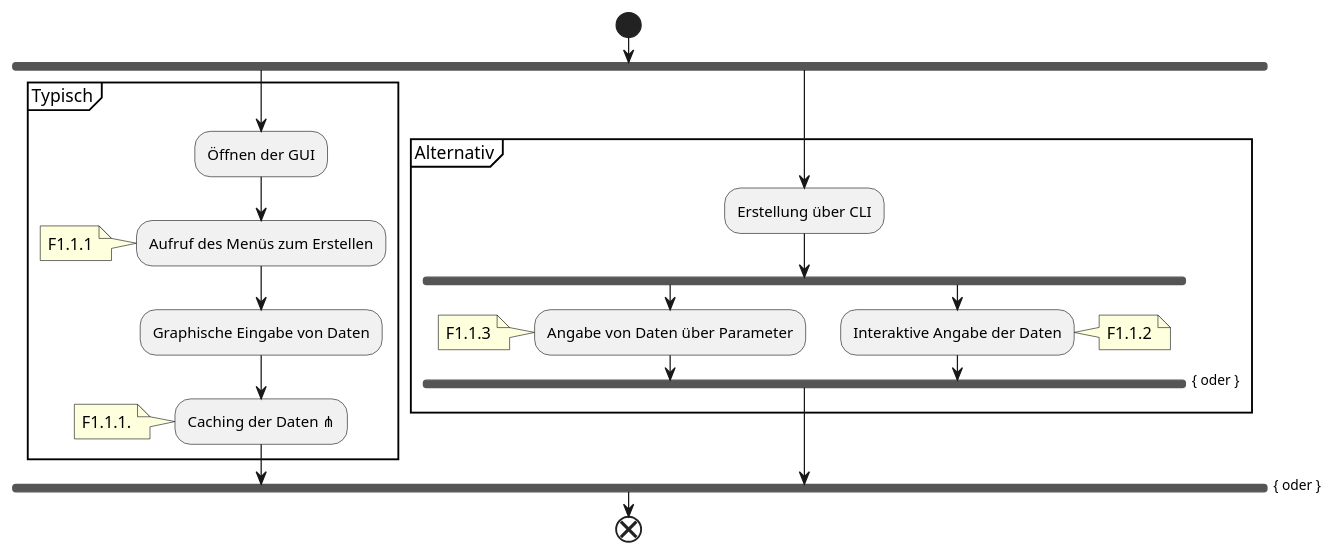
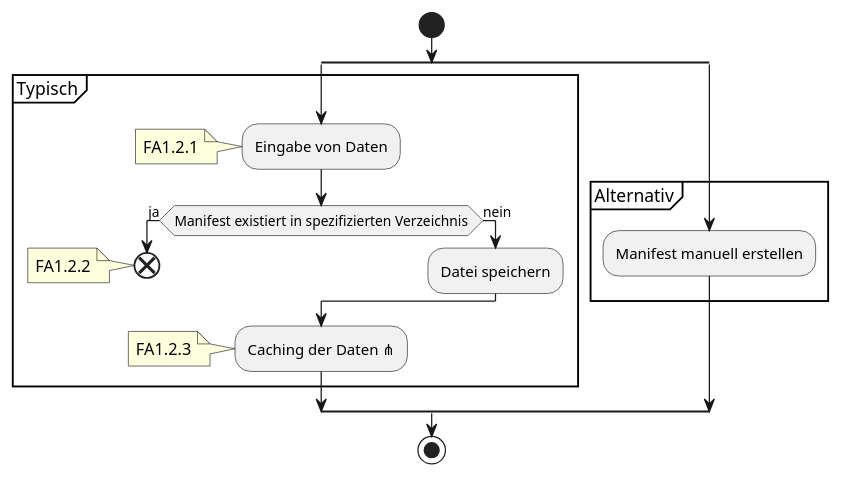
Before and after one commit to SoftwareEngineeringOne/wiki: the fourth of 20 diagrams in wiki/topics/Inkremente/00/Anforderungsanalyse.md, drawn with PlantUML. The commit also changed other lines of this file, not shown here.

````diff
--- a/wiki/topics/Inkremente/00/Anforderungsanalyse.md
+++ b/wiki/topics/Inkremente/00/Anforderungsanalyse.md
@@ -87,28 +156,25 @@
 ```plantuml
 @startuml
 start
-fork
+split
 partition Typisch {
-    :Öffnen der GUI;
-    :Aufruf des Menüs zum Erstellen;
-    note: F1.1.1
-    :Graphische Eingabe von Daten;
+    :Eingabe von Daten;
+    note: FA1.2.1
+    if(Manifest existiert in spezifizierten Verzeichnis) then(ja)
+        end
+        note: FA1.2.2
+    else(nein)
+        :Datei speichern;
+    endif
     :Caching der Daten ⋔;
-    note: F1.1.1.
+    note: FA1.2.3
 }
-fork again
+split again
 partition Alternativ {
-    :Erstellung über CLI;
-    fork
-    :Angabe von Daten über Parameter;
-    note left: F1.1.3
-    fork again
-    :Interaktive Angabe der Daten;
-    note right: F1.1.2
-    end fork { oder }
+    :Manifest manuell erstellen;
 }
-end fork { oder }
-end
+end split
+stop
 
 @enduml
 ```
````
